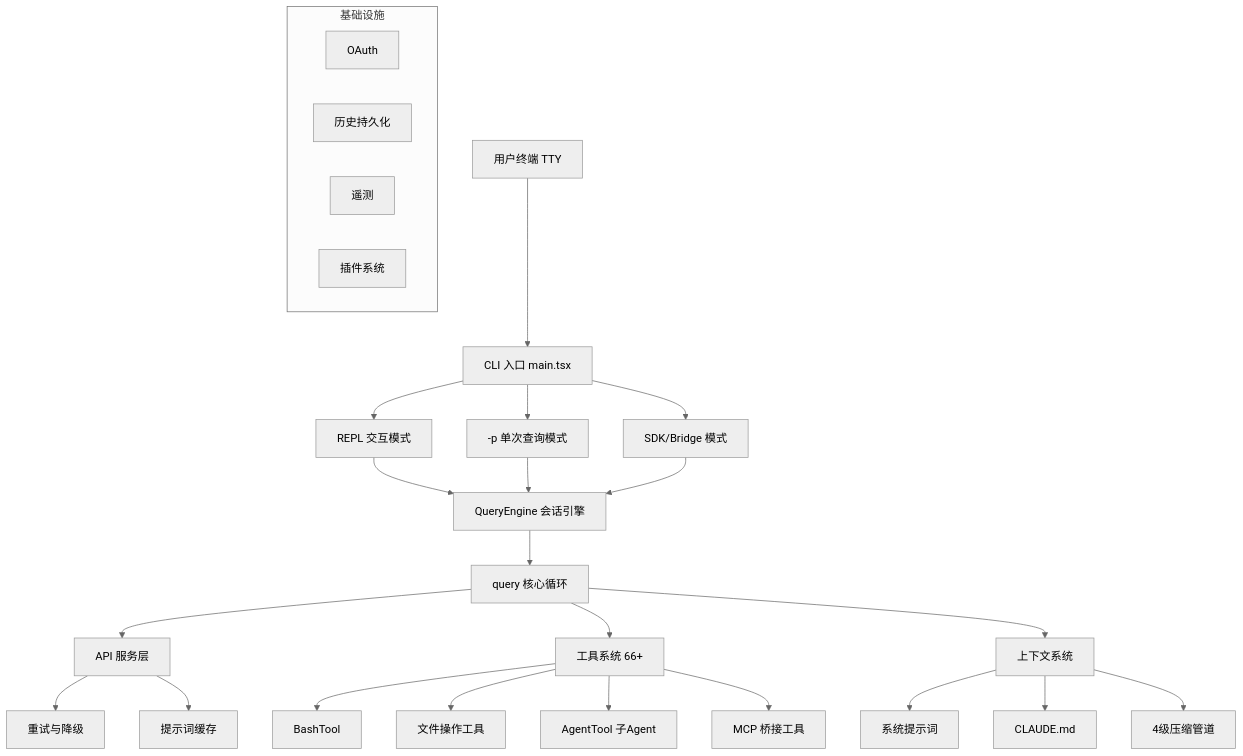
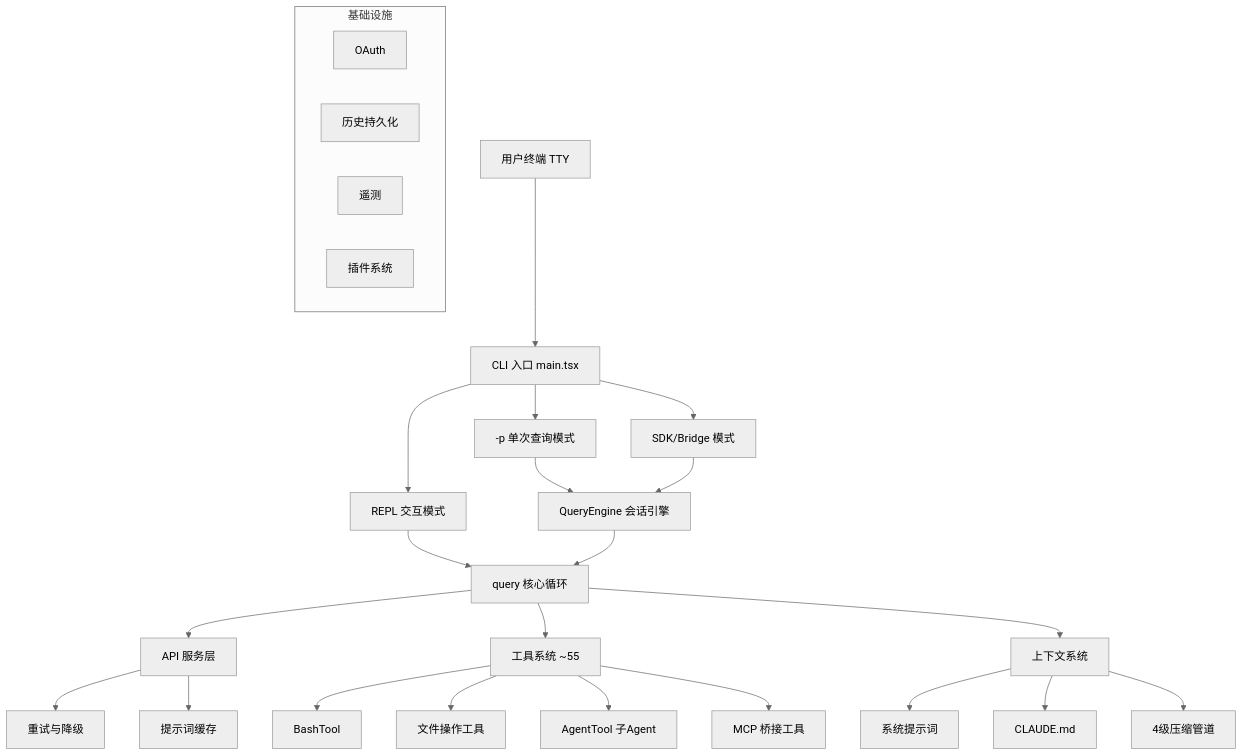
The third of 3 diagrams in docs/01-overview.md (Windy3f3f3f3f/how-claude-code-works), drawn with Mermaid (neutral theme) before and after one commit. The commit also changed other lines of this file and 36 other files, not shown here.

````diff
--- a/docs/01-overview.md
+++ b/docs/01-overview.md
@@ -385,36 +384,36 @@
 ```mermaid
 graph TB
     User[用户终端 TTY] --> CLI[CLI 入口 main.tsx]
     CLI --> REPL[REPL 交互模式]
     CLI --> Print["-p 单次查询模式"]
     CLI --> SDK[SDK/Bridge 模式]
 
-    REPL --> QE[QueryEngine 会话引擎]
-    Print --> QE
+    REPL --> Query[query 核心循环]
+    Print --> QE[QueryEngine 会话引擎]
     SDK --> QE
 
-    QE --> Query[query 核心循环]
+    QE --> Query
 
     Query --> API[API 服务层]
-    Query --> Tools[工具系统 66+]
+    Query --> Tools[工具系统 ~55]
     Query --> Context[上下文系统]
 
     API --> Retry[重试与降级]
     API --> Cache[提示词缓存]
 
     Tools --> Bash[BashTool]
     Tools --> FileOps[文件操作工具]
     Tools --> Agent[AgentTool 子Agent]
     Tools --> MCP[MCP 桥接工具]
 
     Context --> SystemPrompt[系统提示词]
     Context --> ClaudeMd[CLAUDE.md]
     Context --> Compact[4级压缩管道]
 
     subgraph 基础设施
         OAuth[OAuth]
         History[历史持久化]
         Telemetry[遥测]
         Plugins[插件系统]
     end
 ```
````
